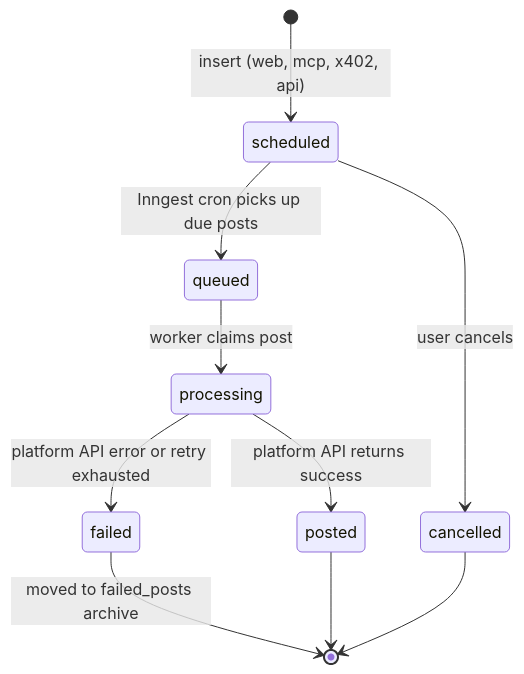
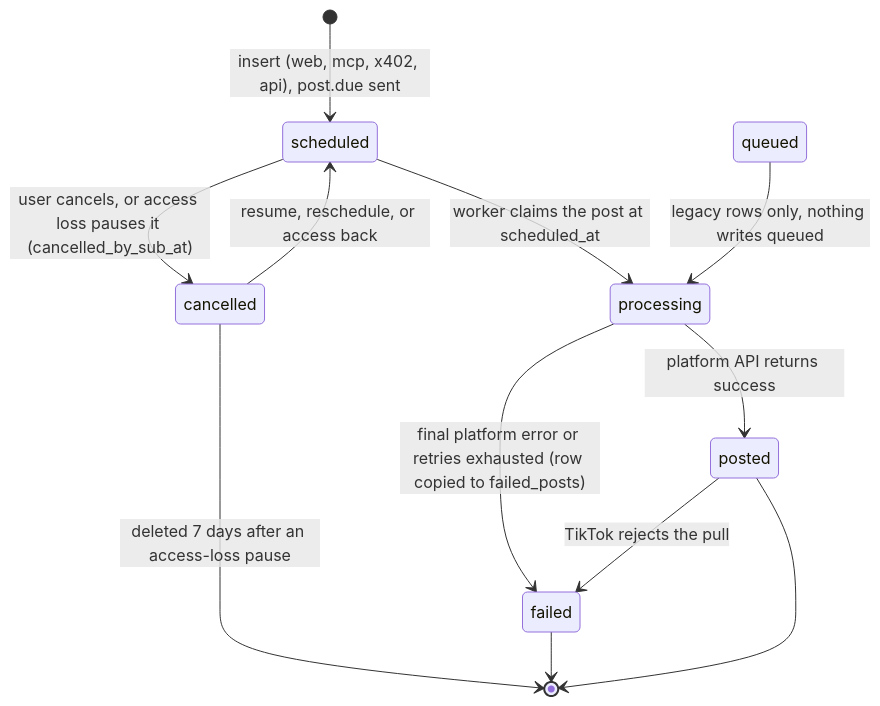
The second of 4 diagrams in docs/DATABASE.md (Andy00L/sharetopus), drawn with Mermaid before and after one commit. The commit also changed other lines of this file and 15 other files, not shown here.

````diff
--- a/docs/DATABASE.md
+++ b/docs/DATABASE.md
@@ -328,12 +331,14 @@
 ```mermaid
 stateDiagram-v2
-    [*] --> scheduled : insert (web, mcp, x402, api)
-    scheduled --> queued : Inngest cron picks up due posts
-    scheduled --> cancelled : user cancels
-    queued --> processing : worker claims post
+    [*] --> scheduled : insert (web, mcp, x402, api), post.due sent
+    scheduled --> processing : worker claims the post at scheduled_at
+    queued --> processing : legacy rows only, nothing writes queued
+    scheduled --> cancelled : user cancels, or access loss pauses it (cancelled_by_sub_at)
+    cancelled --> scheduled : resume, reschedule, or access back
+    cancelled --> [*] : deleted 7 days after an access-loss pause
     processing --> posted : platform API returns success
-    processing --> failed : platform API error or retry exhausted
-    failed --> [*] : moved to failed_posts archive
+    processing --> failed : final platform error or retries exhausted (row copied to failed_posts)
+    posted --> failed : TikTok rejects the pull
+    failed --> [*]
     posted --> [*]
-    cancelled --> [*]
 ```
````
